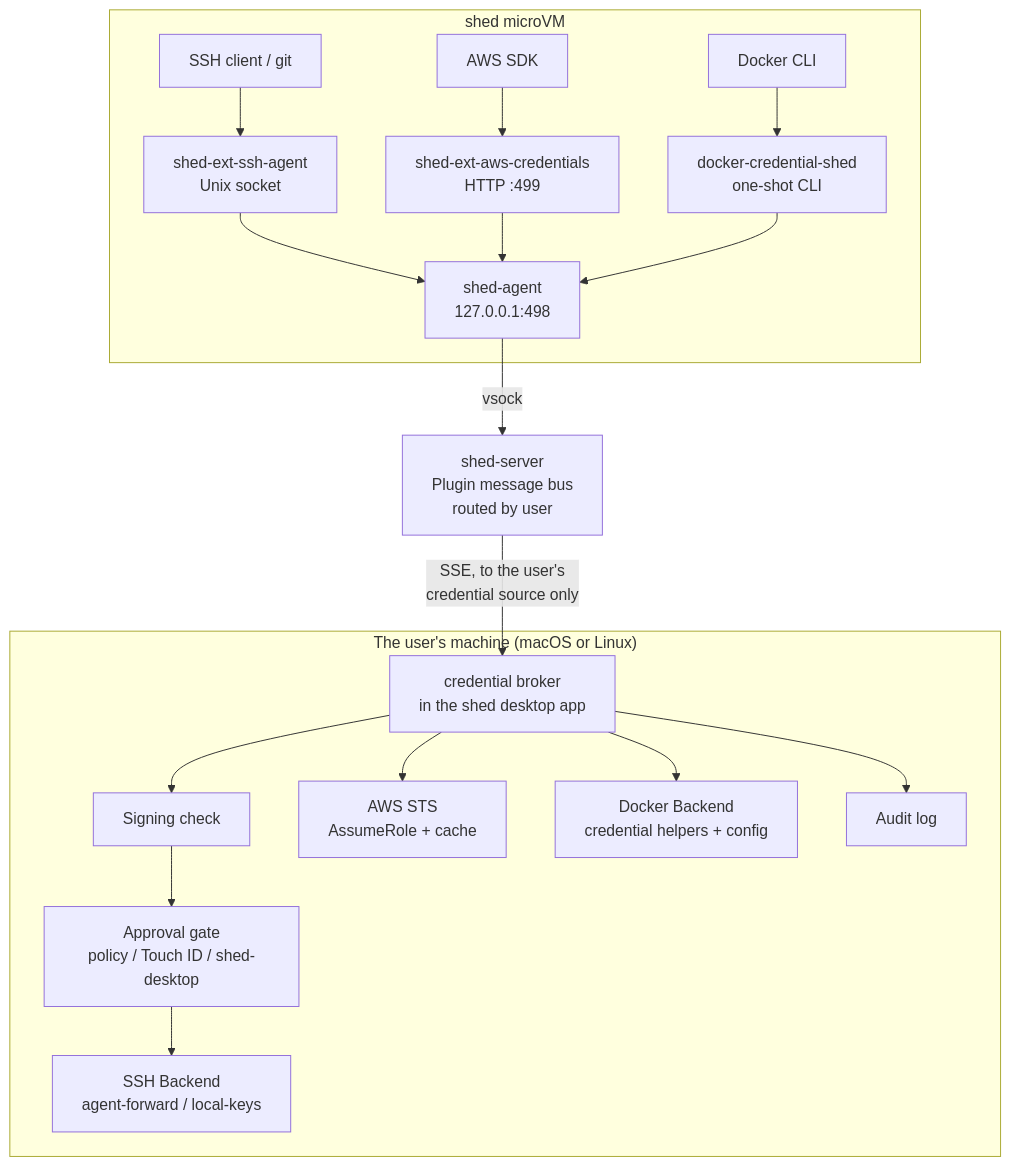
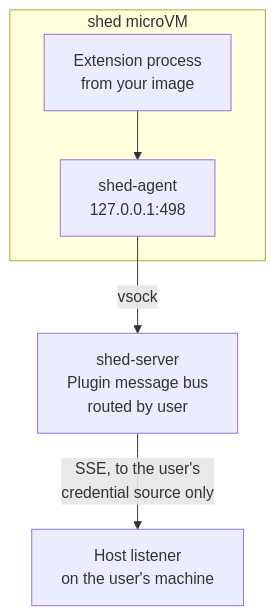
The diagram in docs/extensions/architecture.md (charliek/shed), drawn with Mermaid before and after one commit. The commit also changed other lines of this file and 64 other files, not shown here.

First line of the commit message:
docs: the clean break, the v0.10 to v0.11 upgrade guide and credentials in a shed (plan 039 B5)

````diff
--- a/docs/extensions/architecture.md
+++ b/docs/extensions/architecture.md
@@ -10,21 +11,8 @@
 ```mermaid
 graph TB
     subgraph "shed microVM"
-        SSH[SSH client / git] --> SSA[shed-ext-ssh-agent<br/>Unix socket]
-        AWS[AWS SDK] --> AWP[shed-ext-aws-credentials<br/>HTTP :499]
-        DCK[Docker CLI] --> DCS[docker-credential-shed<br/>one-shot CLI]
-        SSA --> BUS[shed-agent<br/>127.0.0.1:498]
-        AWP --> BUS
-        DCS --> BUS
+        P[Extension process<br/>from your image] --> BUS[shed-agent<br/>127.0.0.1:498]
     end
     BUS -->|vsock| SRV[shed-server<br/>Plugin message bus<br/>routed by user]
-    SRV -->|SSE, to the user's<br/>credential source only| HA[credential broker<br/>in the shed desktop app]
-    subgraph "The user's machine (macOS or Linux)"
-        HA --> SC[Signing check]
-        SC --> AG[Approval gate<br/>policy / Touch ID / shed-desktop]
-        AG --> BE[SSH Backend<br/>agent-forward / local-keys]
-        HA --> STS[AWS STS<br/>AssumeRole + cache]
-        HA --> DCB[Docker Backend<br/>credential helpers + config]
-        HA --> AL[Audit log]
-    end
+    SRV -->|SSE, to the user's<br/>credential source only| L[Host listener<br/>on the user's machine]
 ```
````
